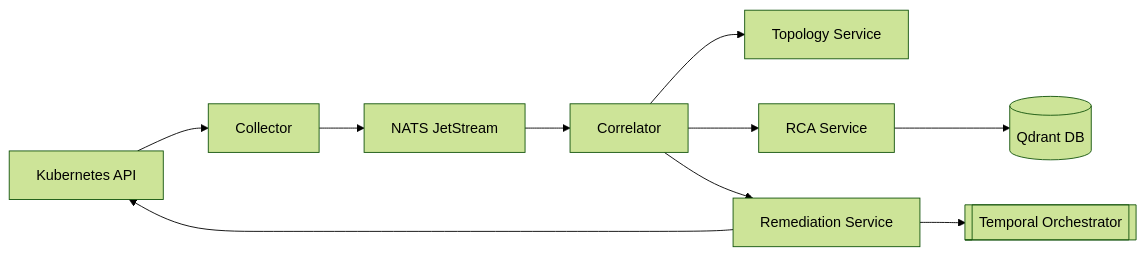
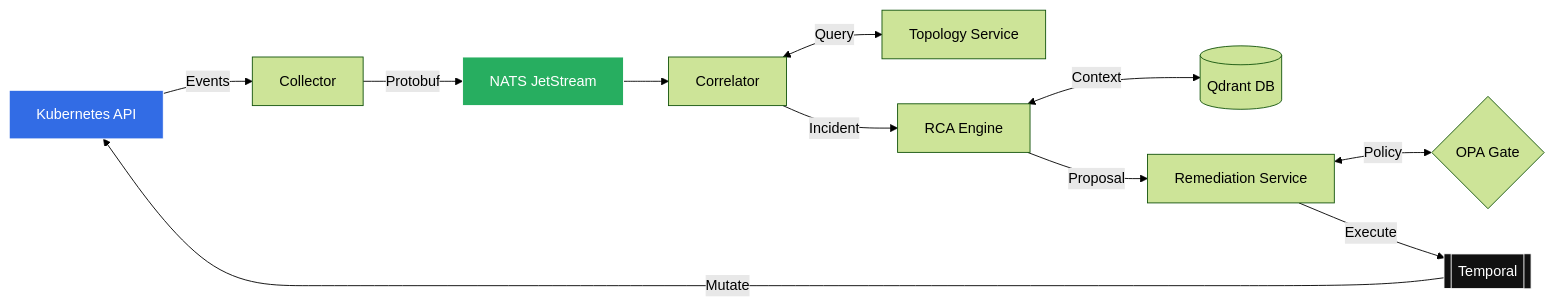
One commit to shadow0vortex/cortexops changed the diagram in README.md. Above: the diagram before and after it, drawn with Mermaid (forest theme). The commit also changed other lines of this file, not shown here.

````diff
--- a/README.md
+++ b/README.md
@@ -30,12 +34,20 @@
 ```mermaid
 graph LR
-    K8s[Kubernetes API] --> Collector
-    Collector --> NATS[NATS JetStream]
+    K8s[Kubernetes API] --> |Events| Collector
+    Collector --> |Protobuf| NATS[NATS JetStream]
+    
     NATS --> Correlator
-    Correlator --> Topology[Topology Service]
-    Correlator --> RCA[RCA Service]
-    RCA --> Qdrant[(Qdrant DB)]
-    Correlator --> Rem[Remediation Service]
-    Rem --> Temporal[[Temporal Orchestrator]]
-    Rem --> K8s
+    Correlator <--> |Query| Topology[Topology Service]
+    
+    Correlator --> |Incident| RCA[RCA Engine]
+    RCA <--> |Context| Qdrant[(Qdrant DB)]
+    
+    RCA --> |Proposal| Rem[Remediation Service]
+    Rem <--> |Policy| OPA{OPA Gate}
+    Rem --> |Execute| Temporal[[Temporal]]
+    Temporal --> |Mutate| K8s
+    
+    style K8s fill:#326ce5,stroke:#fff,color:#fff
+    style NATS fill:#27ae60,stroke:#fff,color:#fff
+    style Temporal fill:#111,stroke:#fff,color:#fff
 ```
````
